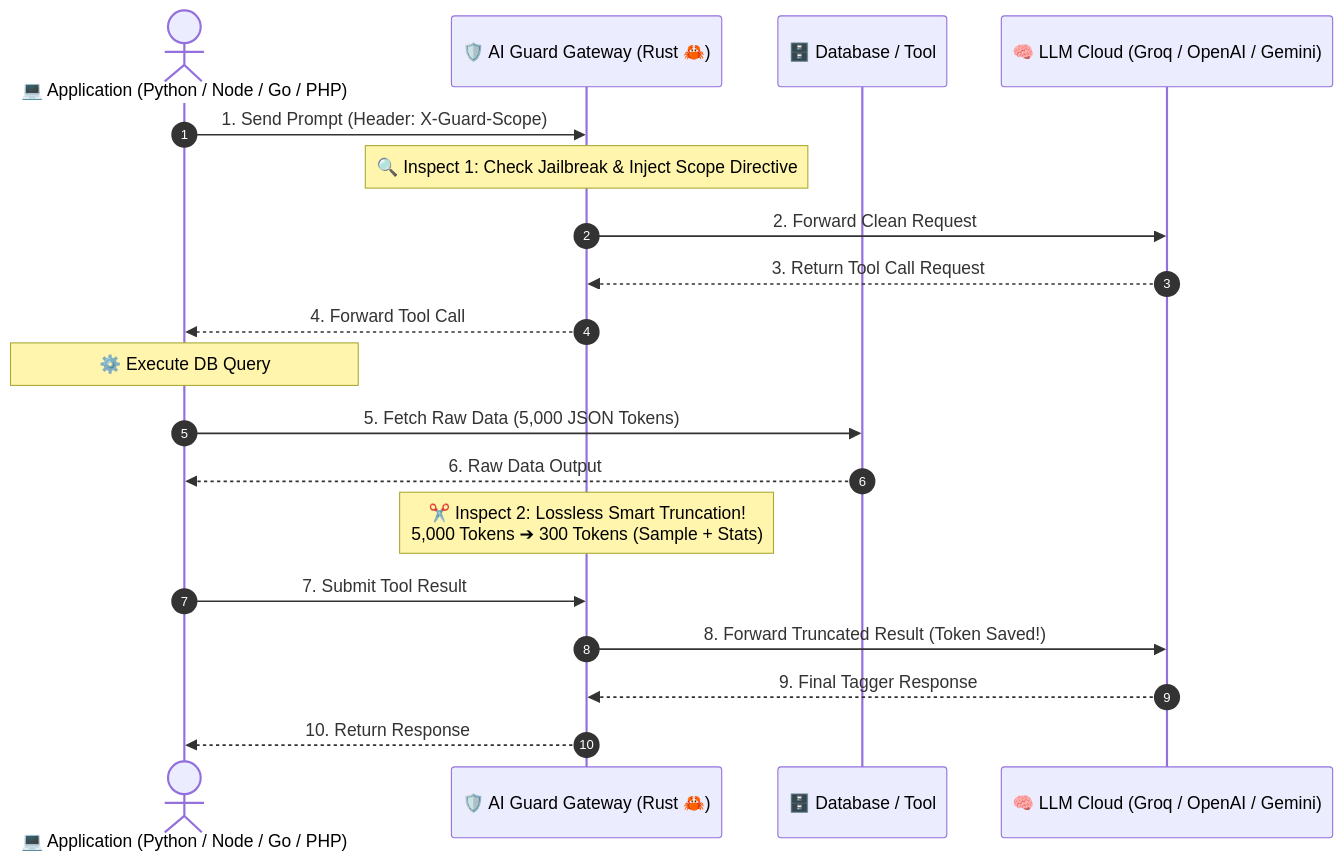
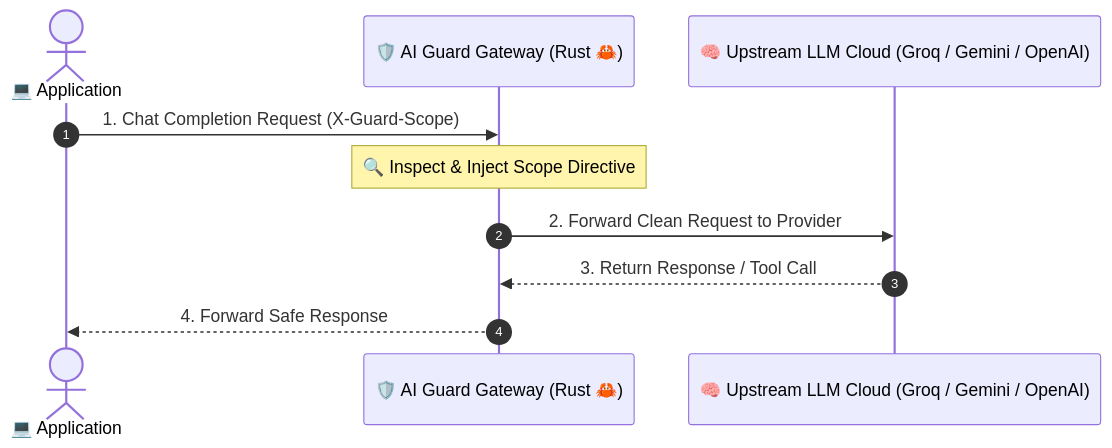
Before and after one commit to brillianodhiya/AI-Guard-Gateway: the second of 2 diagrams in README.md, drawn with Mermaid. The commit also changed other lines of this file and 4 other files, not shown here.

````diff
--- a/README.md
+++ b/README.md
@@ -32,28 +54,13 @@
 ```mermaid
 sequenceDiagram
     autonumber
-    actor Client as 💻 Application (Python / Node / Go / PHP)
+    actor Client as 💻 Application
     participant Guard as 🛡️ AI Guard Gateway (Rust 🦀)
-    participant DB as 🗄️ Database / Tool
-    participant LLM as 🧠 LLM Cloud (Groq / OpenAI / Gemini)
+    participant LLM as 🧠 Upstream LLM Cloud (Groq / Gemini / OpenAI)
 
-    %% TURN 1
-    Client->>Guard: 1. Send Prompt (Header: X-Guard-Scope)
-    Note over Guard: 🔍 Inspect 1: Check Jailbreak & Inject Scope Directive
-    Guard->>LLM: 2. Forward Clean Request
-    LLM-->>Guard: 3. Return Tool Call Request
-    Guard-->>Client: 4. Forward Tool Call
-
-    %% TOOL EXECUTION & TRUNCATION
-    Note over Client: ⚙️ Execute DB Query
-    Client->>DB: 5. Fetch Raw Data (5,000 JSON Tokens)
-    DB-->>Client: 6. Raw Data Output
-    
-    Note over Guard: ✂️ Inspect 2: Lossless Smart Truncation!<br/>5,000 Tokens ➔ 300 Tokens (Sample + Stats)
-    Client->>Guard: 7. Submit Tool Result
-    Guard->>LLM: 8. Forward Truncated Result (Token Saved!)
-
-    %% FINAL RESPONSE
-    LLM-->>Guard: 9. Final Tagger Response
-    Guard-->>Client: 10. Return Response
+    Client->>Guard: 1. Chat Completion Request (X-Guard-Scope)
+    Note over Guard: 🔍 Inspect & Inject Scope Directive
+    Guard->>LLM: 2. Forward Clean Request to Provider
+    LLM-->>Guard: 3. Return Response / Tool Call
+    Guard-->>Client: 4. Forward Safe Response
 ```
````
